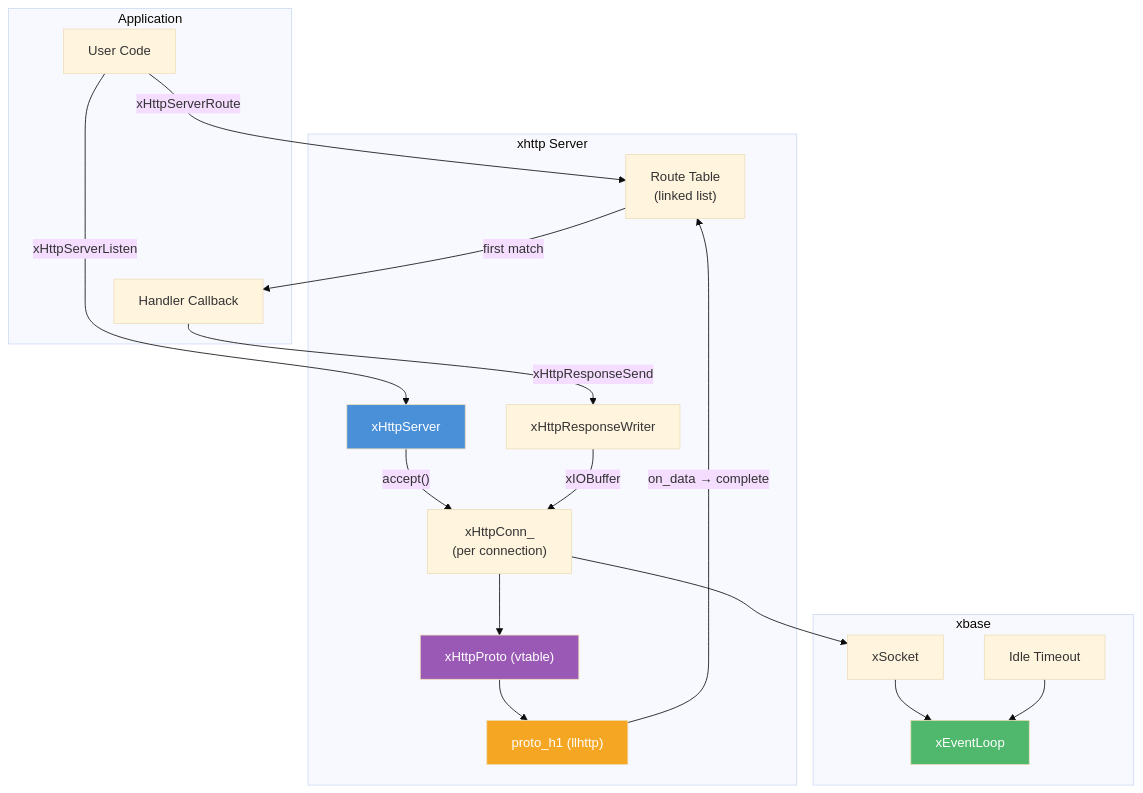
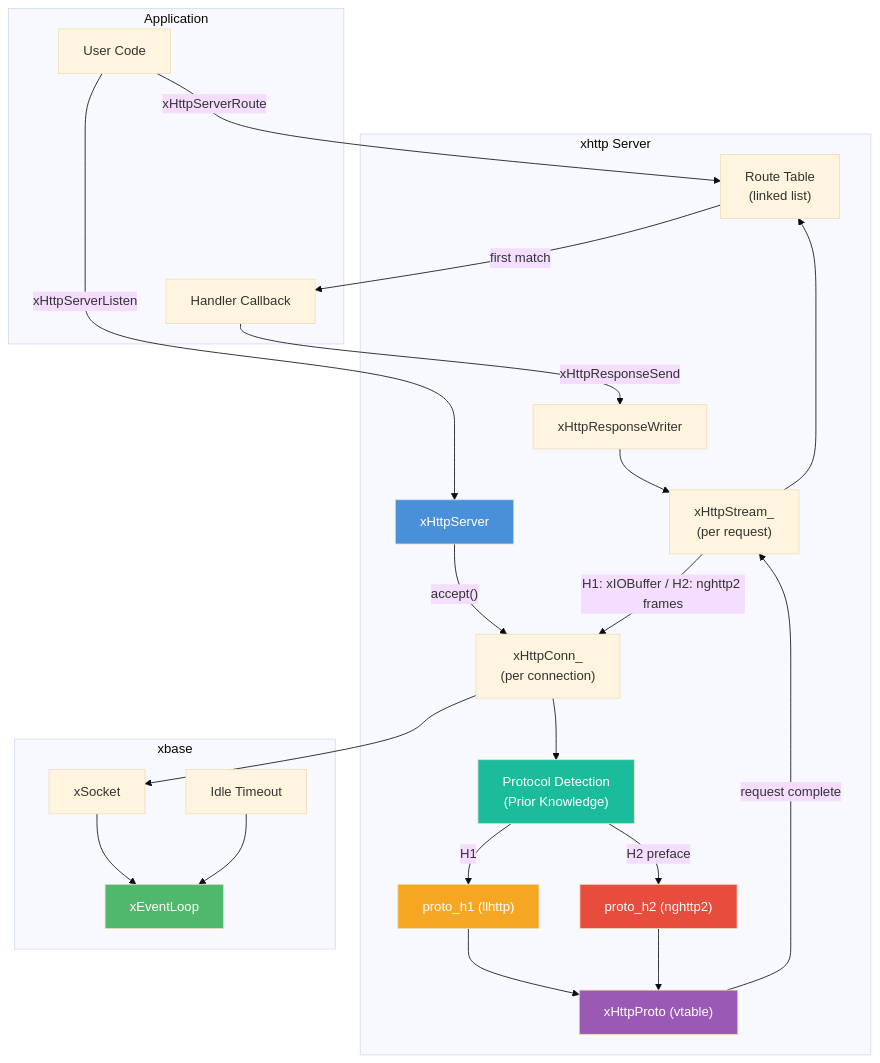
One commit to mivinci/DownloadKit changed the first of 4 diagrams in docs/xhttp/server.md. Above: the diagram before and after it, drawn with Mermaid (base theme). The commit also changed other lines of this file and 15 other files, not shown here.

First line of the commit message:
feat(xhttp): add HTTP/2 (h2c) support via Prior Knowledge

````diff
--- a/docs/xhttp/server.md
+++ b/docs/xhttp/server.md
@@ -24,40 +26,50 @@
 ```mermaid
 graph TD
     subgraph "Application"
         APP["User Code"]
         HANDLER["Handler Callback"]
     end
 
     subgraph "xhttp Server"
         SERVER["xHttpServer"]
         ROUTER["Route Table<br/>(linked list)"]
         CONN["xHttpConn_<br/>(per connection)"]
+        DETECT["Protocol Detection<br/>(Prior Knowledge)"]
         PROTO["xHttpProto (vtable)"]
-        PARSER["proto_h1 (llhttp)"]
+        PARSER_H1["proto_h1 (llhttp)"]
+        PARSER_H2["proto_h2 (nghttp2)"]
+        STREAM["xHttpStream_<br/>(per request)"]
         WRITER["xHttpResponseWriter"]
     end
 
     subgraph "xbase"
         LOOP["xEventLoop"]
         SOCK["xSocket"]
         TIMER["Idle Timeout"]
     end
 
     APP -->|"xHttpServerRoute"| ROUTER
     APP -->|"xHttpServerListen"| SERVER
     SERVER -->|"accept()"| CONN
-    CONN --> PROTO
-    PROTO --> PARSER
-    PARSER -->|"on_data → complete"| ROUTER
+    CONN --> DETECT
+    DETECT -->|"H1"| PARSER_H1
+    DETECT -->|"H2 preface"| PARSER_H2
+    PARSER_H1 --> PROTO
+    PARSER_H2 --> PROTO
+    PROTO -->|"request complete"| STREAM
+    STREAM --> ROUTER
     ROUTER -->|"first match"| HANDLER
     HANDLER -->|"xHttpResponseSend"| WRITER
-    WRITER -->|"xIOBuffer"| CONN
+    WRITER --> STREAM
+    STREAM -->|"H1: xIOBuffer / H2: nghttp2 frames"| CONN
     CONN --> SOCK
     SOCK --> LOOP
     TIMER --> LOOP
 
     style SERVER fill:#4a90d9,color:#fff
     style LOOP fill:#50b86c,color:#fff
     style PROTO fill:#9b59b6,color:#fff
-    style PARSER fill:#f5a623,color:#fff
+    style PARSER_H1 fill:#f5a623,color:#fff
+    style PARSER_H2 fill:#e74c3c,color:#fff
+    style DETECT fill:#1abc9c,color:#fff
 ```
````
